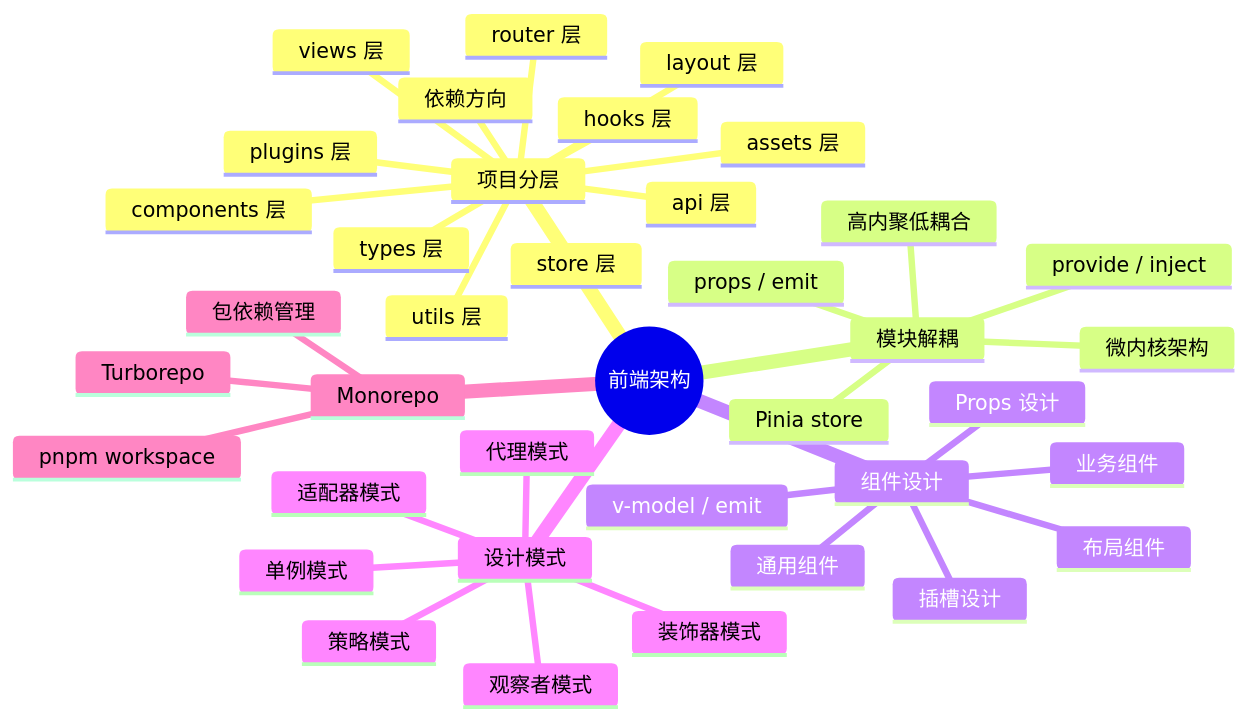
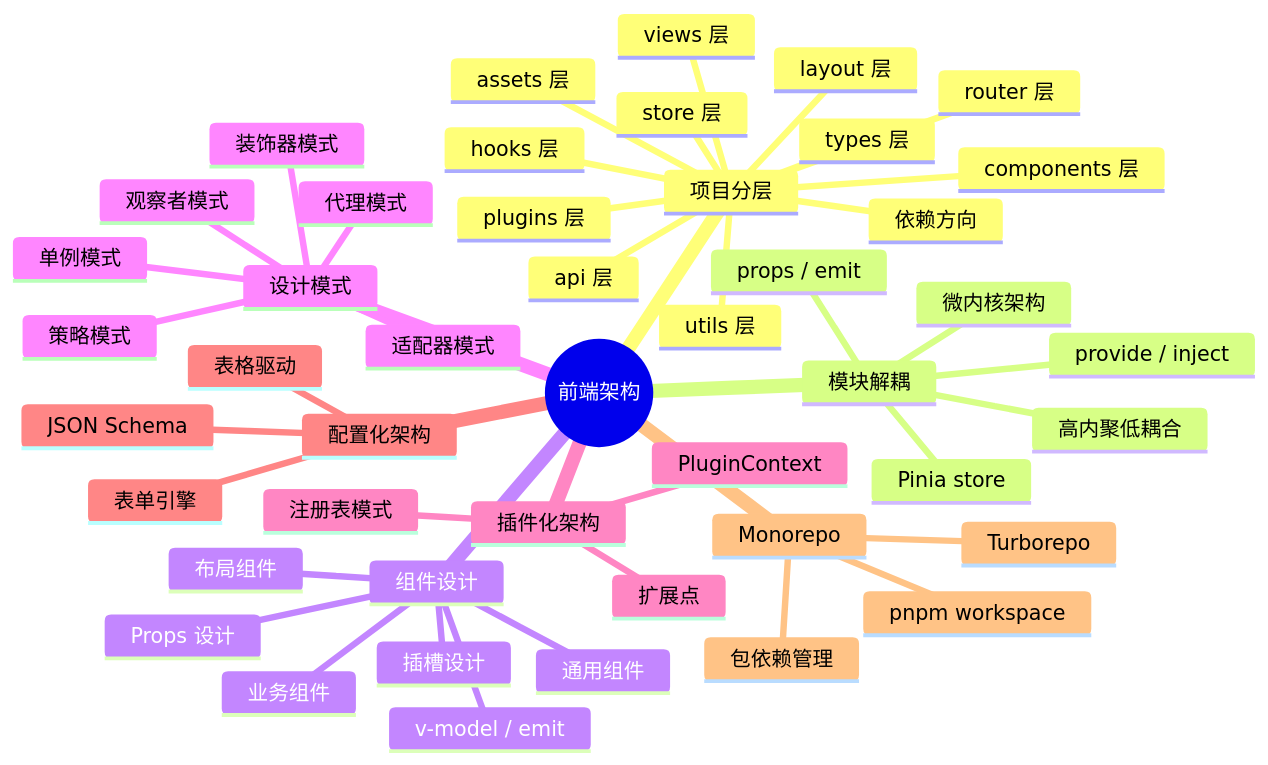
One commit to zjh42139/interview-notes changed the diagram in docs/前端架构/index.md. Above: the diagram before and after it, drawn with Mermaid. The commit also changed other lines of this file and 4 other files, not shown here.

````diff
--- a/docs/前端架构/index.md
+++ b/docs/前端架构/index.md
@@ -9,41 +9,49 @@
 ```mermaid
 mindmap
   root((前端架构))
     项目分层
       api 层
       hooks 层
       utils 层
       components 层
       views 层
       layout 层
       plugins 层
       types 层
       store 层
       router 层
       assets 层
       依赖方向
     模块解耦
       高内聚低耦合
       props / emit
       provide / inject
       Pinia store
       微内核架构
     组件设计
       通用组件
       业务组件
       布局组件
       Props 设计
       插槽设计
       v-model / emit
     设计模式
       策略模式
       观察者模式
       单例模式
       装饰器模式
       代理模式
       适配器模式
+    插件化架构
+      注册表模式
+      扩展点
+      PluginContext
+    配置化架构
+      JSON Schema
+      表单引擎
+      表格驱动
     Monorepo
       pnpm workspace
       Turborepo
       包依赖管理
 ```
````
